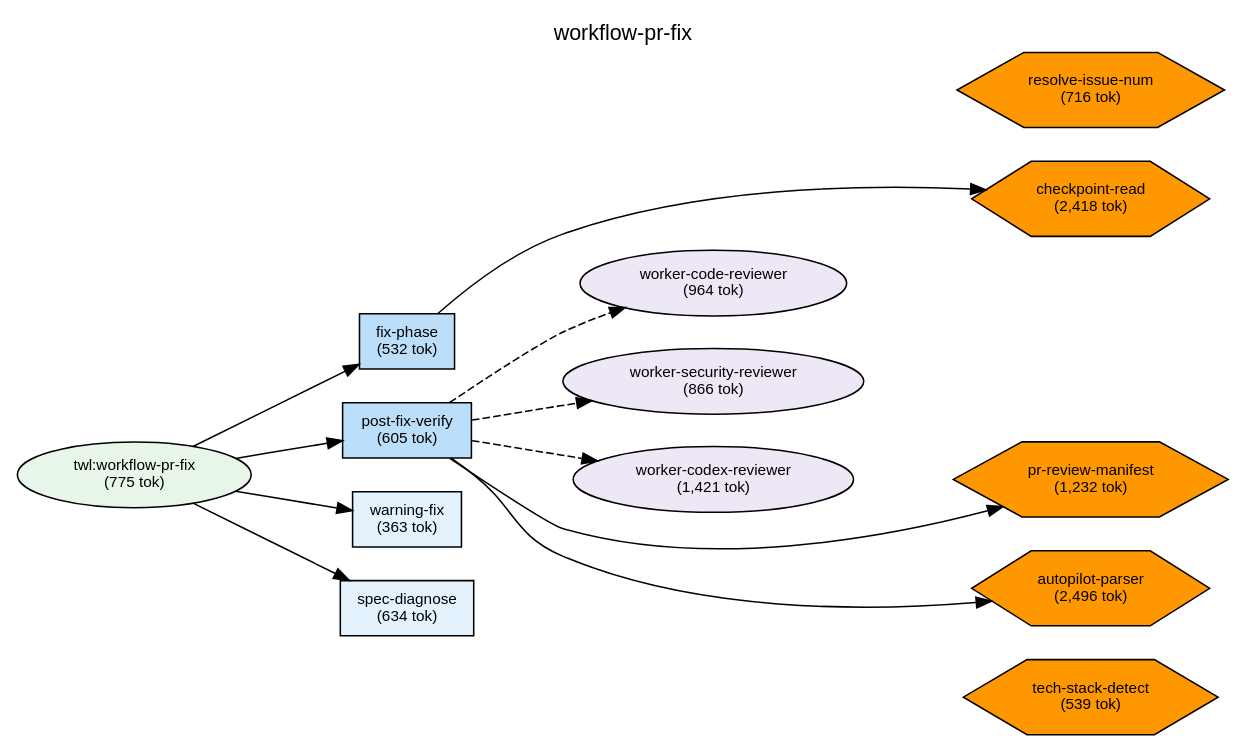
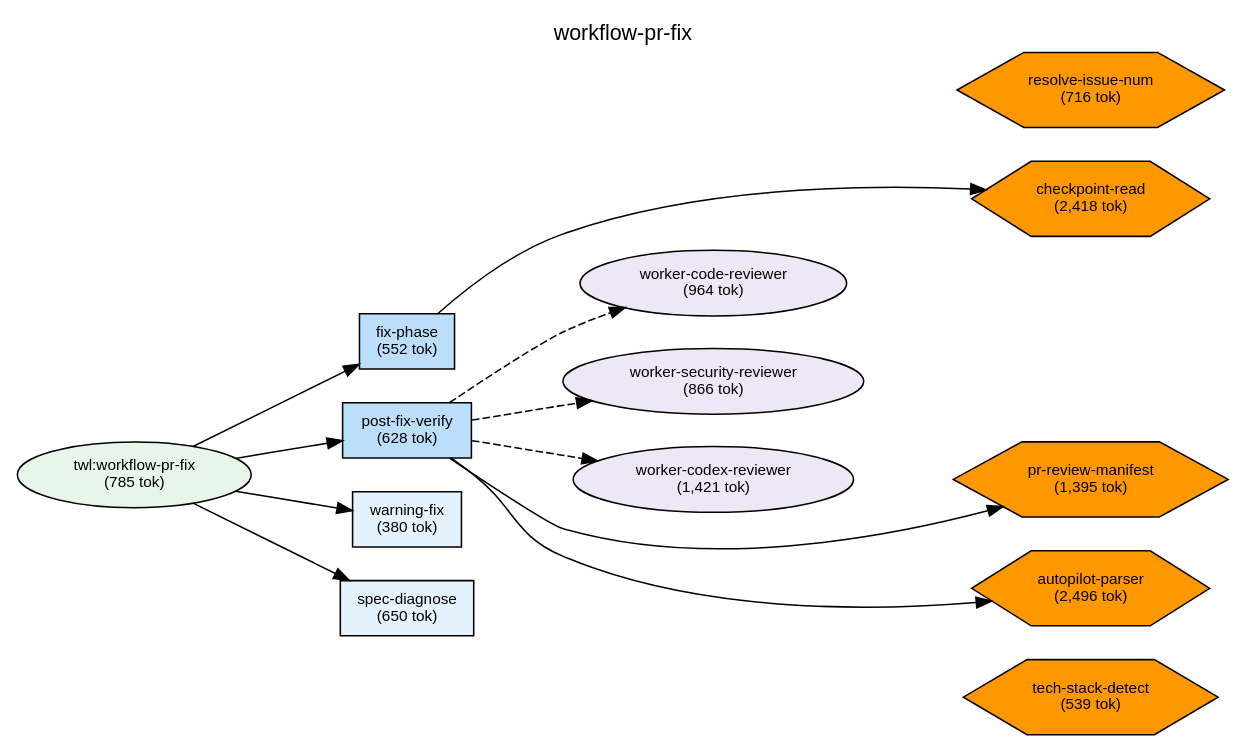
The diagram in plugins/twl/docs/deps-workflow-pr-fix.dot (shuu5/twill), drawn with Graphviz before and after one commit. The commit also changed 43 other files, not shown here.

First line of the commit message:
feat(twl): add pilot active review framework (#171)

```diff
--- a/plugins/twl/docs/deps-workflow-pr-fix.dot
+++ b/plugins/twl/docs/deps-workflow-pr-fix.dot
@@ -1,75 +1,75 @@
 digraph Dependencies {
     // Graph settings
     rankdir=LR;
     ranksep=0.8;
     nodesep=0.3;
     fontname="Helvetica";
     node [fontname="Helvetica", fontsize=10];
     edge [fontname="Helvetica", fontsize=9];
     label="workflow-pr-fix";
     labelloc=t;
     fontsize=14;
 
     // L0: Controller Skills
 
     // L0: Launchers
 
     // L0.5: Workflow Skills
-    skill_workflow_pr_fix [label="twl:workflow-pr-fix\n(775 tok)", shape=ellipse, style=filled, fillcolor="#e8f5e9"];
+    skill_workflow_pr_fix [label="twl:workflow-pr-fix\n(785 tok)", shape=ellipse, style=filled, fillcolor="#e8f5e9"];
 
     // Reference Skills
 
     // L1: Direct Commands
-    cmd_post_fix_verify [label="post-fix-verify\n(605 tok)", shape=box, style=filled, fillcolor="#bbdefb"];
-    cmd_warning_fix [label="warning-fix\n(363 tok)", shape=box, style=filled, fillcolor="#e3f2fd"];
-    cmd_fix_phase [label="fix-phase\n(532 tok)", shape=box, style=filled, fillcolor="#bbdefb"];
-    cmd_spec_diagnose [label="spec-diagnose\n(634 tok)", shape=box, style=filled, fillcolor="#e3f2fd"];
+    cmd_post_fix_verify [label="post-fix-verify\n(628 tok)", shape=box, style=filled, fillcolor="#bbdefb"];
+    cmd_warning_fix [label="warning-fix\n(380 tok)", shape=box, style=filled, fillcolor="#e3f2fd"];
+    cmd_fix_phase [label="fix-phase\n(552 tok)", shape=box, style=filled, fillcolor="#bbdefb"];
+    cmd_spec_diagnose [label="spec-diagnose\n(650 tok)", shape=box, style=filled, fillcolor="#e3f2fd"];
 
     // L2: Sub Commands
 
     // L3: Agents
     agent_worker_codex_reviewer [label="worker-codex-reviewer\n(1,421 tok)", shape=ellipse, style=filled, fillcolor="#ede7f6"];
     agent_worker_code_reviewer [label="worker-code-reviewer\n(964 tok)", shape=ellipse, style=filled, fillcolor="#ede7f6"];
     agent_worker_security_reviewer [label="worker-security-reviewer\n(866 tok)", shape=ellipse, style=filled, fillcolor="#ede7f6"];
 
     // L3.5: Scripts
     script_tech_stack_detect [label="tech-stack-detect\n(539 tok)", shape=hexagon, style=filled, fillcolor="#FF9800"];
     script_autopilot_parser [label="autopilot-parser\n(2,496 tok)", shape=hexagon, style=filled, fillcolor="#FF9800"];
     script_resolve_issue_num [label="resolve-issue-num\n(716 tok)", shape=hexagon, style=filled, fillcolor="#FF9800"];
-    script_pr_review_manifest [label="pr-review-manifest\n(1,232 tok)", shape=hexagon, style=filled, fillcolor="#FF9800"];
+    script_pr_review_manifest [label="pr-review-manifest\n(1,395 tok)", shape=hexagon, style=filled, fillcolor="#FF9800"];
     script_checkpoint_read [label="checkpoint-read\n(2,418 tok)", shape=hexagon, style=filled, fillcolor="#FF9800"];
 
     // L4: External
 
     // Layer constraints
     { rank=same; skill_workflow_pr_fix; }
     { rank=same; cmd_post_fix_verify; cmd_warning_fix; cmd_fix_phase; cmd_spec_diagnose; }
     { rank=same; agent_worker_codex_reviewer; agent_worker_code_reviewer; agent_worker_security_reviewer; }
     { rank=same; script_tech_stack_detect; script_autopilot_parser; script_resolve_issue_num; script_pr_review_manifest; script_checkpoint_read; }
 
     // Edges
     skill_workflow_pr_fix -> cmd_fix_phase;
     skill_workflow_pr_fix -> cmd_post_fix_verify;
     skill_workflow_pr_fix -> cmd_warning_fix;
     skill_workflow_pr_fix -> cmd_spec_diagnose;
     cmd_post_fix_verify -> agent_worker_code_reviewer [style=dashed];
     cmd_post_fix_verify -> agent_worker_security_reviewer [style=dashed];
     cmd_post_fix_verify -> agent_worker_codex_reviewer [style=dashed];
     cmd_post_fix_verify -> script_pr_review_manifest;
     cmd_post_fix_verify -> script_autopilot_parser;
     cmd_fix_phase -> script_checkpoint_read;
 
     // Ordering constraints (invisible edges)
     cmd_fix_phase -> cmd_post_fix_verify [style=invis, weight=10];
     cmd_post_fix_verify -> cmd_warning_fix [style=invis, weight=10];
     cmd_warning_fix -> cmd_spec_diagnose [style=invis, weight=10];
     agent_worker_code_reviewer -> agent_worker_security_reviewer [style=invis, weight=10];
     agent_worker_security_reviewer -> agent_worker_codex_reviewer [style=invis, weight=10];
     agent_worker_codex_reviewer -> script_pr_review_manifest [style=invis, weight=10];
     script_pr_review_manifest -> script_autopilot_parser [style=invis, weight=10];
     script_autopilot_parser -> script_tech_stack_detect [style=invis, weight=10];
     agent_worker_code_reviewer -> agent_worker_security_reviewer [style=invis, weight=10];
     script_autopilot_parser -> script_tech_stack_detect [style=invis, weight=10];
     agent_worker_code_reviewer -> agent_worker_security_reviewer [style=invis, weight=10];
 
 }
```
